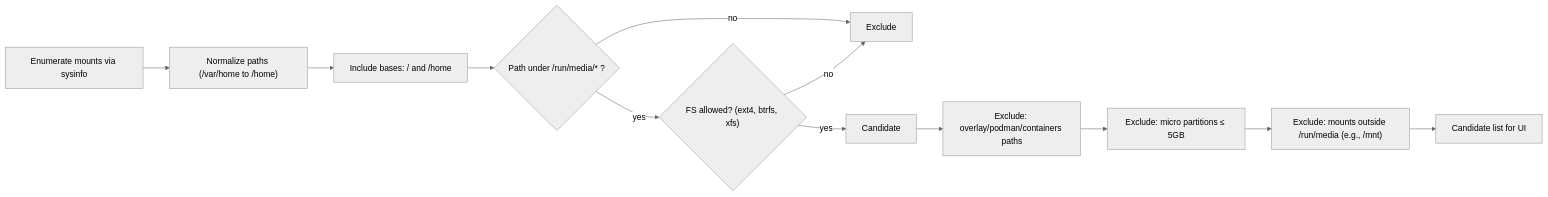
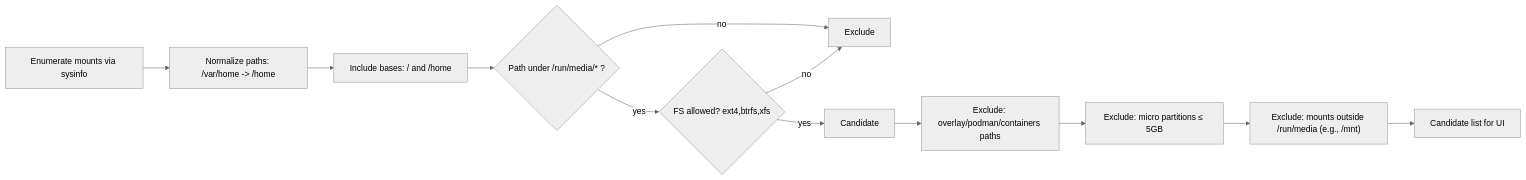
The fifth of 8 diagrams in ARCHITECTURE.md (Kubaguette/bazzite-architect), drawn with Mermaid (neutral theme) before and after one commit. The commit also changed other lines of this file, not shown here.

Commit message:
architecture.md updated with new chapter EnvShare

````diff
--- a/ARCHITECTURE.md
+++ b/ARCHITECTURE.md
@@ -342,14 +447,14 @@
 ```mermaid
 flowchart LR
-  S["Enumerate mounts via sysinfo"] --> N["Normalize paths (/var/home to /home)"]
+  S["Enumerate mounts via sysinfo"] -->   N["Normalize paths: /var/home -> /home"]
   N --> I["Include bases: / and /home"]
   I --> Rm{"Path under /run/media/* ?"}
-  Rm -->|yes| E{"FS allowed? (ext4, btrfs, xfs)"}
+  Rm -->|yes| E{"FS allowed? ext4,btrfs,xfs"}
   Rm -->|no| X["Exclude"]
   E -->|no| X
   E -->|yes| X2["Candidate"]
   X2 --> F1["Exclude: overlay/podman/containers paths"]
   F1 --> F2["Exclude: micro partitions ≤ 5GB"]
   F2 --> F3["Exclude: mounts outside /run/media (e.g., /mnt)"]
   F3 --> C["Candidate list for UI"]
 ```
````
